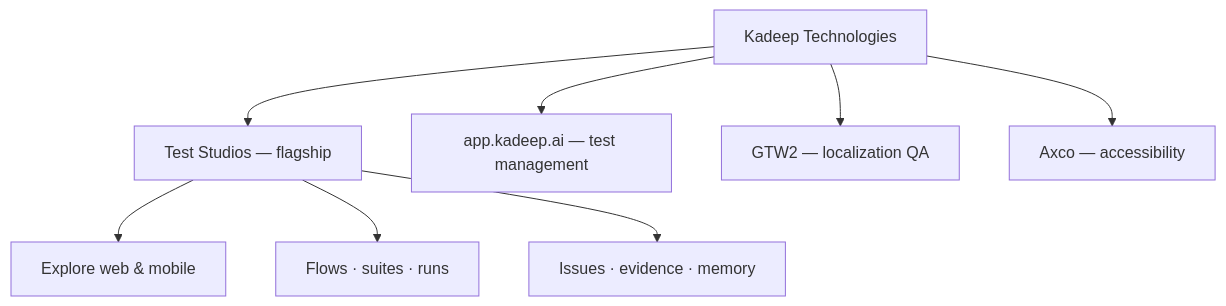
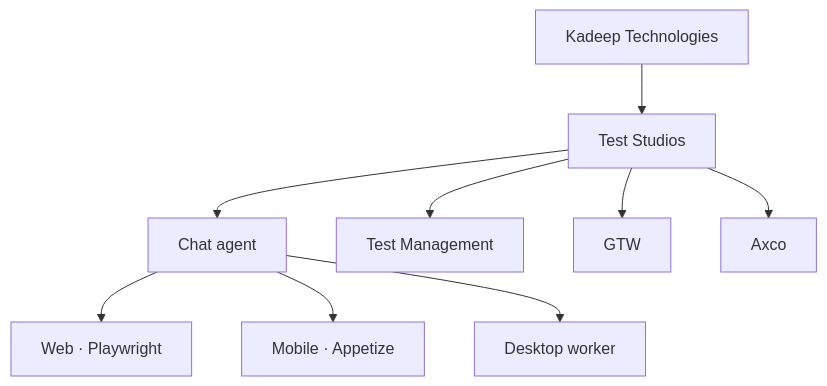
The first of 2 diagrams in profile/README.md (kadeep-ai/.github), drawn with Mermaid before and after one commit. The commit also changed other lines of this file, not shown here.

````diff
--- a/profile/README.md
+++ b/profile/README.md
@@ -116,13 +62,16 @@
 ```mermaid
 flowchart TB
-    K[Kadeep Technologies]
+  Kadeep[Kadeep Technologies]
+  TS[Test Studios]
 
-    K --> TS[Test Studios — flagship]
-    K --> TM[app.kadeep.ai — test management]
-    K --> LQ[GTW2 — localization QA]
-    K --> AX[Axco — accessibility]
+  Kadeep --> TS
 
-    TS --> Cap1[Explore web & mobile]
-    TS --> Cap2[Flows · suites · runs]
-    TS --> Cap3[Issues · evidence · memory]
+  TS --> Agent[Chat agent]
+  TS --> TM[Test Management]
+  TS --> GTW[GTW]
+  TS --> Axco[Axco]
+
+  Agent --> Web[Web · Playwright]
+  Agent --> Mobile[Mobile · Appetize]
+  Agent --> Desktop[Desktop worker]
 ```
````
